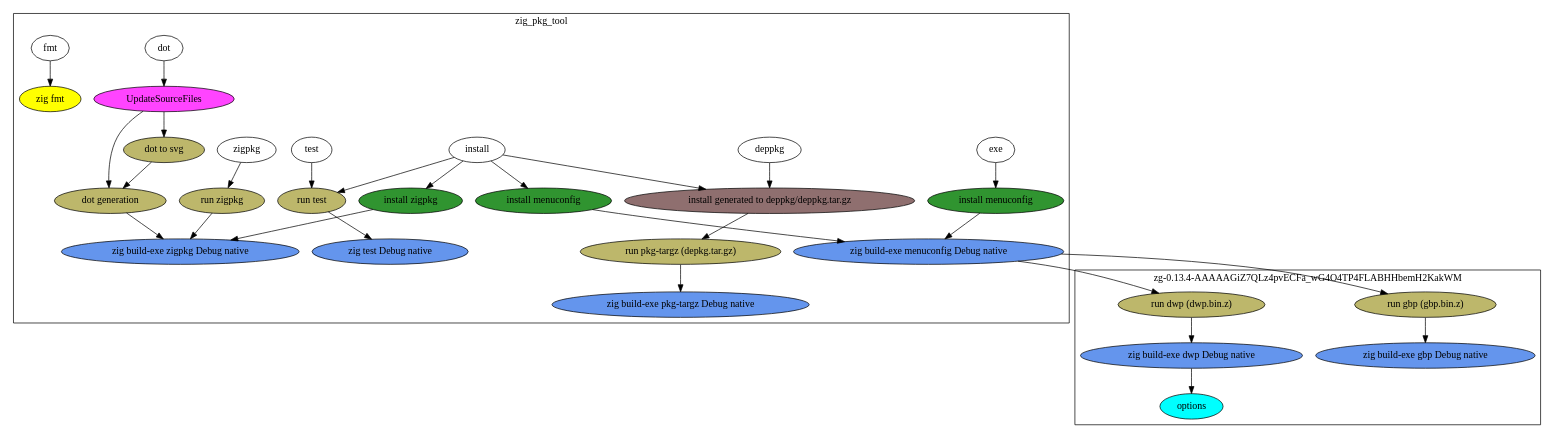
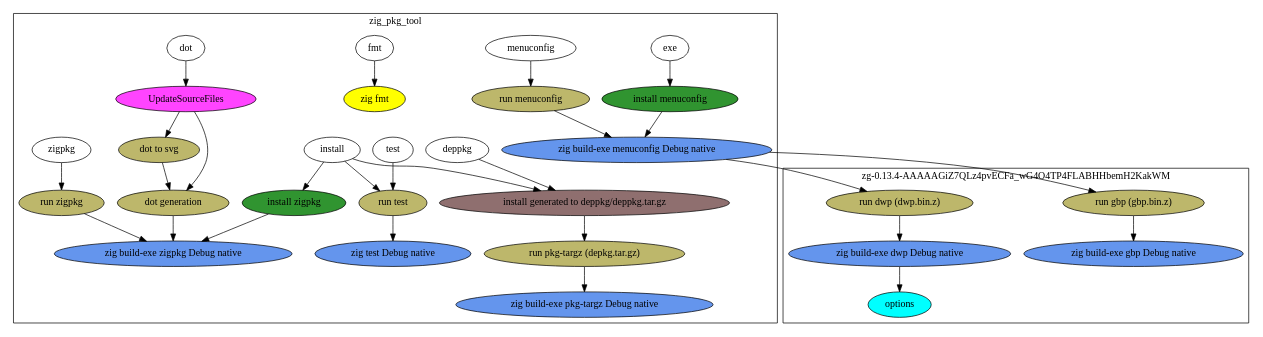
Before and after one commit to dasimmet/zig_pkg_tool: the diagram in graph.dot, drawn with Graphviz. The commit also changed 2 other files, not shown here.

Commit message:
remove menuconfig from default step

```diff
--- a/graph.dot
+++ b/graph.dot
@@ -1,90 +1,92 @@
 digraph {
 "N0" [label="install", style="filled", fillcolor="#ffffff", group="G0", tooltip="zig_pkg_tool"]
 "N0" -> "N1"
 "N0" -> "N2"
 "N0" -> "N3"
-"N0" -> "N4"
-"N1" [label="install menuconfig", style="filled", fillcolor="#309430", group="G0", tooltip="zig_pkg_tool"]
-"N1" -> "N5"
-"N5" [label="zig build-exe menuconfig Debug native", style="filled", fillcolor="#6495ed", group="G0", tooltip="zig_pkg_tool"]
-"N5" -> "N6"
-"N5" -> "N7"
-"N6" [label="run gbp (gbp.bin.z)", style="filled", fillcolor="#bdb76b", group="G1", tooltip="zg-0.13.4-AAAAAGiZ7QLz4pvECFa_wG4O4TP4FLABHHbemH2KakWM"]
-"N6" -> "N8"
-"N8" [label="zig build-exe gbp Debug native", style="filled", fillcolor="#6495ed", group="G1", tooltip="zg-0.13.4-AAAAAGiZ7QLz4pvECFa_wG4O4TP4FLABHHbemH2KakWM"]
-"N7" [label="run dwp (dwp.bin.z)", style="filled", fillcolor="#bdb76b", group="G1", tooltip="zg-0.13.4-AAAAAGiZ7QLz4pvECFa_wG4O4TP4FLABHHbemH2KakWM"]
-"N7" -> "N9"
-"N9" [label="zig build-exe dwp Debug native", style="filled", fillcolor="#6495ed", group="G1", tooltip="zg-0.13.4-AAAAAGiZ7QLz4pvECFa_wG4O4TP4FLABHHbemH2KakWM"]
+"N1" [label="install generated to deppkg/deppkg.tar.gz", style="filled", fillcolor="#8f6f6f", group="G0", tooltip="zig_pkg_tool"]
+"N1" -> "N4"
+"N4" [label="run pkg-targz (depkg.tar.gz)", style="filled", fillcolor="#bdb76b", group="G0", tooltip="zig_pkg_tool"]
+"N4" -> "N5"
+"N5" [label="zig build-exe pkg-targz Debug native", style="filled", fillcolor="#6495ed", group="G0", tooltip="zig_pkg_tool"]
+"N2" [label="install zigpkg", style="filled", fillcolor="#309430", group="G0", tooltip="zig_pkg_tool"]
+"N2" -> "N6"
+"N6" [label="zig build-exe zigpkg Debug native", style="filled", fillcolor="#6495ed", group="G0", tooltip="zig_pkg_tool"]
+"N3" [label="run test", style="filled", fillcolor="#bdb76b", group="G0", tooltip="zig_pkg_tool"]
+"N3" -> "N7"
+"N7" [label="zig test Debug native", style="filled", fillcolor="#6495ed", group="G0", tooltip="zig_pkg_tool"]
+"N8" [label="deppkg", style="filled", fillcolor="#ffffff", group="G0", tooltip="zig_pkg_tool"]
+"N8" -> "N1"
+"N9" [label="dot", style="filled", fillcolor="#ffffff", group="G0", tooltip="zig_pkg_tool"]
 "N9" -> "N10"
-"N10" [label="options", style="filled", fillcolor="#00ffff", group="G1", tooltip="zg-0.13.4-AAAAAGiZ7QLz4pvECFa_wG4O4TP4FLABHHbemH2KakWM"]
-"N2" [label="install generated to deppkg/deppkg.tar.gz", style="filled", fillcolor="#8f6f6f", group="G0", tooltip="zig_pkg_tool"]
-"N2" -> "N11"
-"N11" [label="run pkg-targz (depkg.tar.gz)", style="filled", fillcolor="#bdb76b", group="G0", tooltip="zig_pkg_tool"]
-"N11" -> "N12"
-"N12" [label="zig build-exe pkg-targz Debug native", style="filled", fillcolor="#6495ed", group="G0", tooltip="zig_pkg_tool"]
-"N3" [label="install zigpkg", style="filled", fillcolor="#309430", group="G0", tooltip="zig_pkg_tool"]
-"N3" -> "N13"
-"N13" [label="zig build-exe zigpkg Debug native", style="filled", fillcolor="#6495ed", group="G0", tooltip="zig_pkg_tool"]
-"N4" [label="run test", style="filled", fillcolor="#bdb76b", group="G0", tooltip="zig_pkg_tool"]
-"N4" -> "N14"
-"N14" [label="zig test Debug native", style="filled", fillcolor="#6495ed", group="G0", tooltip="zig_pkg_tool"]
-"N15" [label="exe", style="filled", fillcolor="#ffffff", group="G0", tooltip="zig_pkg_tool"]
+"N10" [label="UpdateSourceFiles", style="filled", fillcolor="#ff44ff", group="G0", tooltip="zig_pkg_tool"]
+"N10" -> "N11"
+"N10" -> "N12"
+"N11" [label="dot generation", style="filled", fillcolor="#bdb76b", group="G0", tooltip="zig_pkg_tool"]
+"N11" -> "N6"
+"N12" [label="dot to svg", style="filled", fillcolor="#bdb76b", group="G0", tooltip="zig_pkg_tool"]
+"N12" -> "N11"
+"N13" [label="exe", style="filled", fillcolor="#ffffff", group="G0", tooltip="zig_pkg_tool"]
+"N13" -> "N14"
+"N14" [label="install menuconfig", style="filled", fillcolor="#309430", group="G0", tooltip="zig_pkg_tool"]
+"N14" -> "N15"
+"N15" [label="zig build-exe menuconfig Debug native", style="filled", fillcolor="#6495ed", group="G0", tooltip="zig_pkg_tool"]
 "N15" -> "N16"
-"N16" [label="install menuconfig", style="filled", fillcolor="#309430", group="G0", tooltip="zig_pkg_tool"]
-"N16" -> "N5"
-"N17" [label="deppkg", style="filled", fillcolor="#ffffff", group="G0", tooltip="zig_pkg_tool"]
-"N17" -> "N2"
-"N18" [label="zigpkg", style="filled", fillcolor="#ffffff", group="G0", tooltip="zig_pkg_tool"]
-"N18" -> "N19"
-"N19" [label="run zigpkg", style="filled", fillcolor="#bdb76b", group="G0", tooltip="zig_pkg_tool"]
-"N19" -> "N13"
-"N20" [label="dot", style="filled", fillcolor="#ffffff", group="G0", tooltip="zig_pkg_tool"]
-"N20" -> "N21"
-"N21" [label="UpdateSourceFiles", style="filled", fillcolor="#ff44ff", group="G0", tooltip="zig_pkg_tool"]
+"N15" -> "N17"
+"N16" [label="run gbp (gbp.bin.z)", style="filled", fillcolor="#bdb76b", group="G1", tooltip="zg-0.13.4-AAAAAGiZ7QLz4pvECFa_wG4O4TP4FLABHHbemH2KakWM"]
+"N16" -> "N18"
+"N18" [label="zig build-exe gbp Debug native", style="filled", fillcolor="#6495ed", group="G1", tooltip="zg-0.13.4-AAAAAGiZ7QLz4pvECFa_wG4O4TP4FLABHHbemH2KakWM"]
+"N17" [label="run dwp (dwp.bin.z)", style="filled", fillcolor="#bdb76b", group="G1", tooltip="zg-0.13.4-AAAAAGiZ7QLz4pvECFa_wG4O4TP4FLABHHbemH2KakWM"]
+"N17" -> "N19"
+"N19" [label="zig build-exe dwp Debug native", style="filled", fillcolor="#6495ed", group="G1", tooltip="zg-0.13.4-AAAAAGiZ7QLz4pvECFa_wG4O4TP4FLABHHbemH2KakWM"]
+"N19" -> "N20"
+"N20" [label="options", style="filled", fillcolor="#00ffff", group="G1", tooltip="zg-0.13.4-AAAAAGiZ7QLz4pvECFa_wG4O4TP4FLABHHbemH2KakWM"]
+"N21" [label="fmt", style="filled", fillcolor="#ffffff", group="G0", tooltip="zig_pkg_tool"]
 "N21" -> "N22"
-"N21" -> "N23"
-"N22" [label="dot generation", style="filled", fillcolor="#bdb76b", group="G0", tooltip="zig_pkg_tool"]
-"N22" -> "N13"
-"N23" [label="dot to svg", style="filled", fillcolor="#bdb76b", group="G0", tooltip="zig_pkg_tool"]
-"N23" -> "N22"
-"N24" [label="test", style="filled", fillcolor="#ffffff", group="G0", tooltip="zig_pkg_tool"]
-"N24" -> "N4"
-"N25" [label="fmt", style="filled", fillcolor="#ffffff", group="G0", tooltip="zig_pkg_tool"]
-"N25" -> "N26"
-"N26" [label="zig fmt", style="filled", fillcolor="#ffff00", group="G0", tooltip="zig_pkg_tool"]
+"N22" [label="zig fmt", style="filled", fillcolor="#ffff00", group="G0", tooltip="zig_pkg_tool"]
+"N23" [label="menuconfig", style="filled", fillcolor="#ffffff", group="G0", tooltip="zig_pkg_tool"]
+"N23" -> "N24"
+"N24" [label="run menuconfig", style="filled", fillcolor="#bdb76b", group="G0", tooltip="zig_pkg_tool"]
+"N24" -> "N15"
+"N25" [label="test", style="filled", fillcolor="#ffffff", group="G0", tooltip="zig_pkg_tool"]
+"N25" -> "N3"
+"N26" [label="zigpkg", style="filled", fillcolor="#ffffff", group="G0", tooltip="zig_pkg_tool"]
+"N26" -> "N27"
+"N27" [label="run zigpkg", style="filled", fillcolor="#bdb76b", group="G0", tooltip="zig_pkg_tool"]
+"N27" -> "N6"
 subgraph cluster_0 {
   cluster = true
   label = "zig_pkg_tool"
   "N0"
   "N1"
   "N2"
   "N3"
   "N4"
   "N5"
+  "N6"
+  "N7"
+  "N8"
+  "N9"
+  "N10"
   "N11"
   "N12"
   "N13"
   "N14"
   "N15"
-  "N16"
-  "N17"
-  "N18"
-  "N19"
-  "N20"
   "N21"
   "N22"
   "N23"
   "N24"
   "N25"
   "N26"
+  "N27"
 }
 subgraph cluster_1 {
   cluster = true
   label = "zg-0.13.4-AAAAAGiZ7QLz4pvECFa_wG4O4TP4FLABHHbemH2KakWM"
-  "N6"
-  "N7"
-  "N8"
-  "N9"
-  "N10"
+  "N16"
+  "N17"
+  "N18"
+  "N19"
+  "N20"
 }
 }
```
